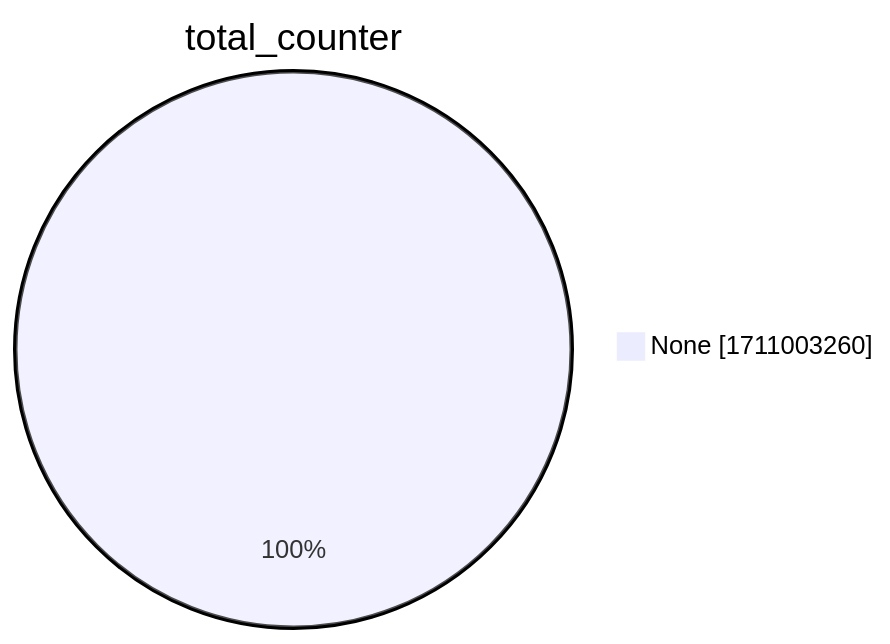
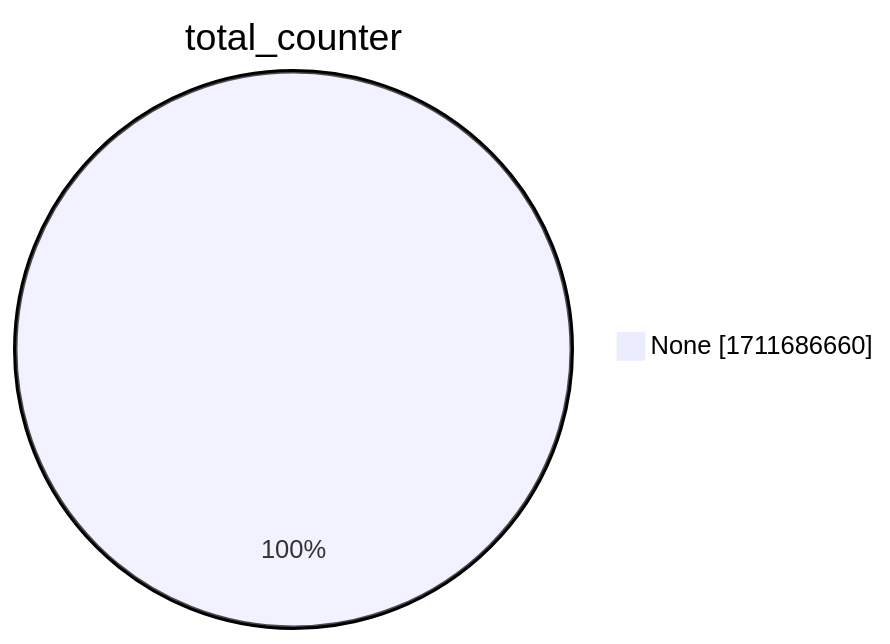
One commit to christiankrug/ctmonitor_visualization changed the second of 15 diagrams in xenon2022/README.md. Above: the diagram before and after it, drawn with Mermaid. The commit also changed other lines of this file, not shown here.

````diff
--- a/xenon2022/README.md
+++ b/xenon2022/README.md
@@ -9,5 +9,5 @@
 ```mermaid
 pie showData
 title total_counter
-"None" :1711003260
+"None" :1711686660
 ```
````
